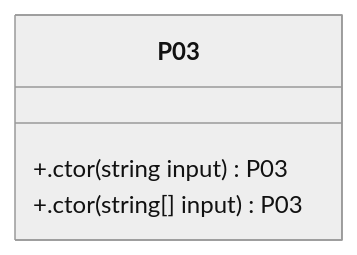
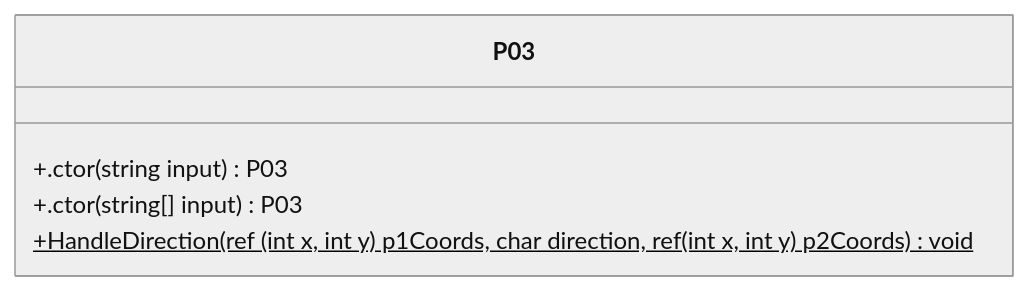
Before and after one commit to dfar-io/aoc-2015: the tenth of 17 diagrams in CODE_METRICS.md, drawn with Mermaid (neutral theme). The commit also changed other lines of this file, not shown here.

````diff
--- a/CODE_METRICS.md
+++ b/CODE_METRICS.md
@@ -768,8 +769,9 @@
 ```mermaid
 classDiagram
 class P03{
     +.ctor(string input) P03
     +.ctor(string[] input) P03
+    +HandleDirection(ref (int x, int y) p1Coords, char direction, ref (int x, int y) p2Coords)$ void
 }
 
 ```
````
